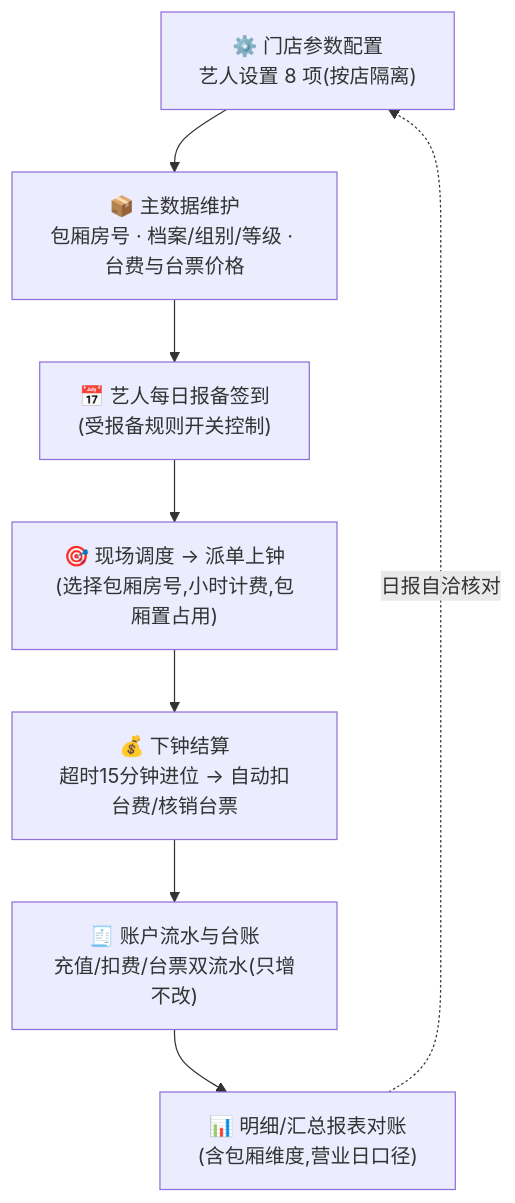
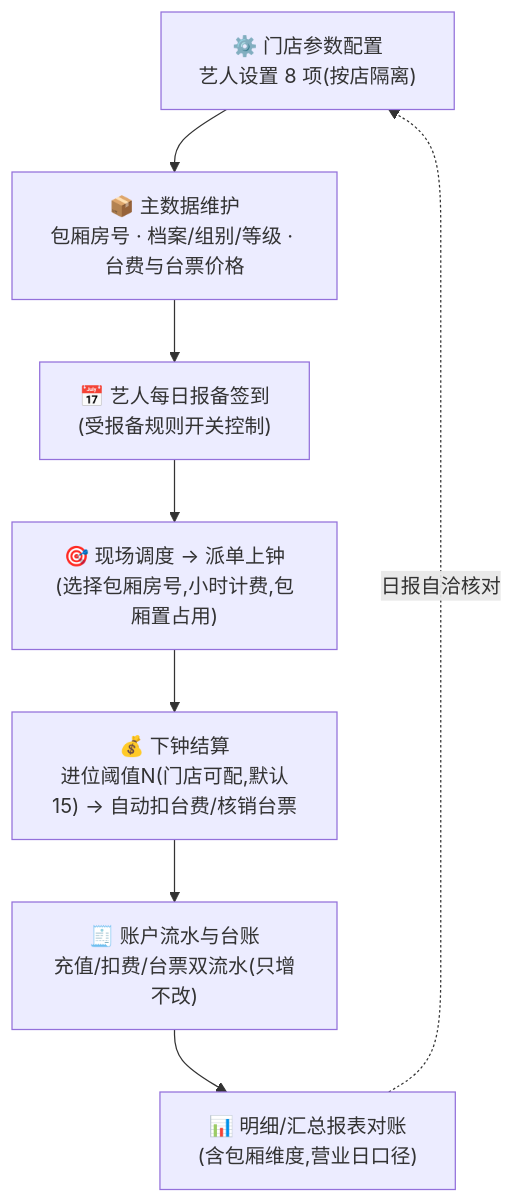
Before and after one commit to YYC-Cube/YYC3-LeisureManage: the first of 3 diagrams in docs/YYC3-LeisureManage-可视化交互体系设计.md, drawn with Mermaid. The commit also changed other lines of this file and 4 other files, not shown here.

````diff
--- a/docs/YYC3-LeisureManage-可视化交互体系设计.md
+++ b/docs/YYC3-LeisureManage-可视化交互体系设计.md
@@ -88,10 +88,10 @@
 ```mermaid
 flowchart TB
     S["⚙️ 门店参数配置<br/>艺人设置 8 项(按店隔离)"] --> M["📦 主数据维护<br/>包厢房号 · 档案/组别/等级 · 台费与台票价格"]
     M --> C["📅 艺人每日报备签到<br/>(受报备规则开关控制)"]
     C --> D["🎯 现场调度 → 派单上钟<br/>(选择包厢房号,小时计费,包厢置占用)"]
-    D --> E["💰 下钟结算<br/>超时15分钟进位 → 自动扣台费/核销台票"]
+    D --> E["💰 下钟结算<br/>进位阈值N(门店可配,默认15) → 自动扣台费/核销台票"]
     E --> F["🧾 账户流水与台账<br/>充值/扣费/台票双流水(只增不改)"]
     F --> R["📊 明细/汇总报表对账<br/>(含包厢维度,营业日口径)"]
     R -.日报自洽核对.-> S
 ```
````
